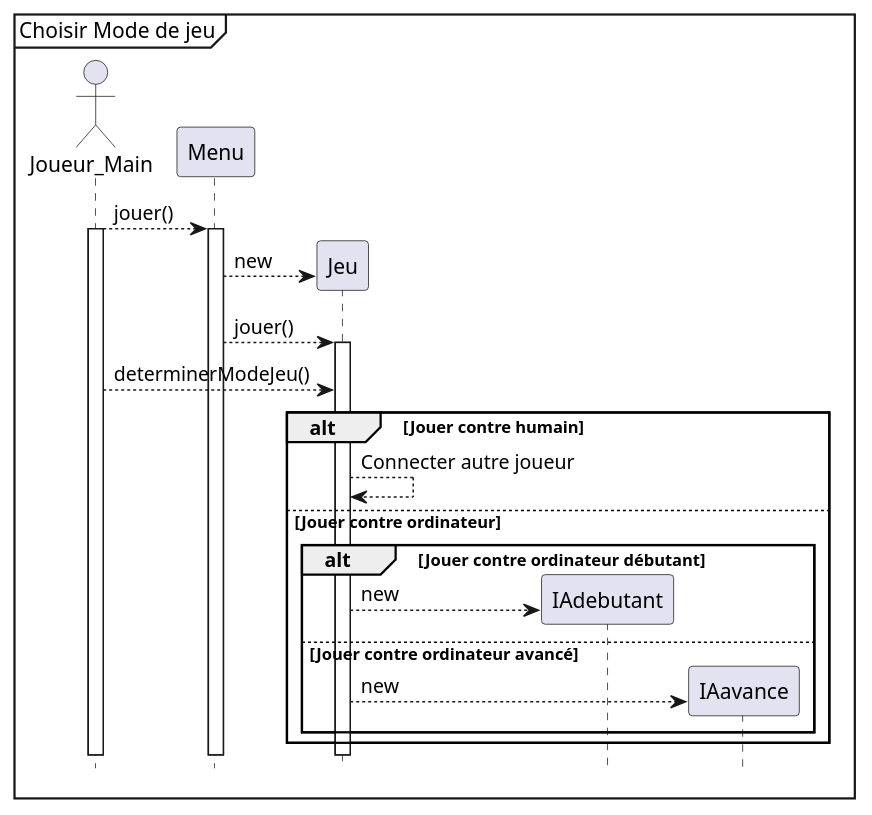
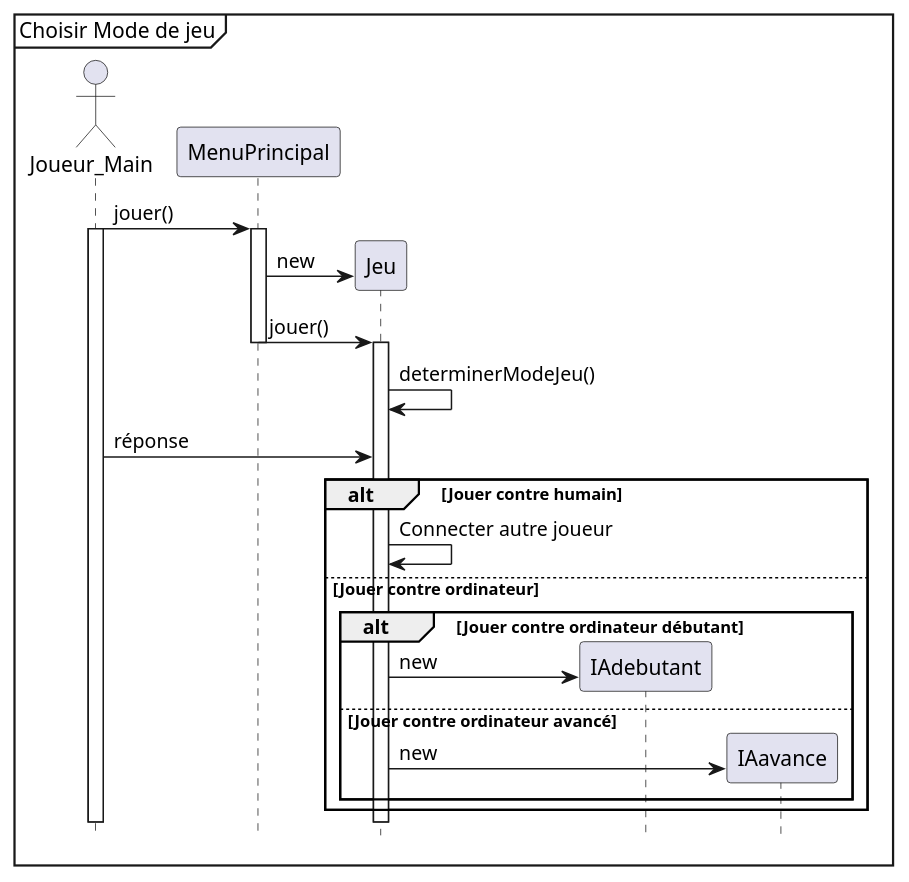
One commit to Patroklos99/5153_TP2-Battleship-AI-Pattern-Conception_Engineering2 changed the diagram in diagrammes_conception/diagrammes_sequence/choisir_mode_jeu.puml. Above: the diagram before and after it, drawn with PlantUML. The commit also changed 3 other files, not shown here.

Commit message:
Modif des diagrammes séquence et cas

```diff
--- a/diagrammes_conception/diagrammes_sequence/choisir_mode_jeu.puml
+++ b/diagrammes_conception/diagrammes_sequence/choisir_mode_jeu.puml
@@ -1,30 +1,32 @@
 @startuml sequence_noter_panier
 hide footbox
 mainframe Choisir Mode de jeu
 
 actor Joueur_Main as joueur
-participant Menu
+participant MenuPrincipal
 
-joueur --> Menu : jouer()
-activate Menu
+joueur -> MenuPrincipal : jouer()
+activate MenuPrincipal
 activate joueur
 
 create Jeu
-Menu --> Jeu : new
+MenuPrincipal -> Jeu : new
 
-Menu --> Jeu : jouer()
+MenuPrincipal -> Jeu : jouer()
+deactivate MenuPrincipal
 activate Jeu
 
-joueur --> Jeu : determinerModeJeu()
+Jeu -> Jeu : determinerModeJeu()
+joueur -> Jeu : réponse
 alt Jouer contre humain
- Jeu --> Jeu : Connecter autre joueur
+ Jeu -> Jeu : Connecter autre joueur
 else Jouer contre ordinateur
  alt Jouer contre ordinateur débutant
    create IAdebutant
-   Jeu --> IAdebutant : new
+   Jeu -> IAdebutant : new
  else Jouer contre ordinateur avancé
    create IAavance
-   Jeu --> IAavance : new
+   Jeu -> IAavance : new
  end
 end
 @enduml
```
